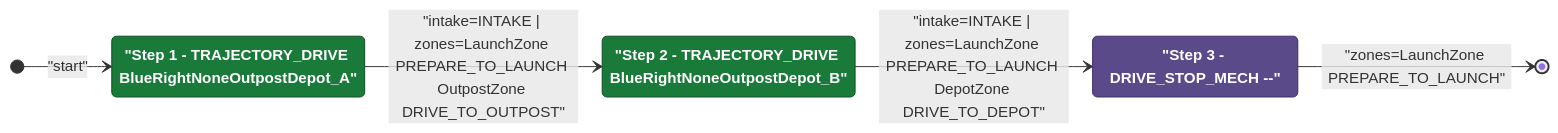
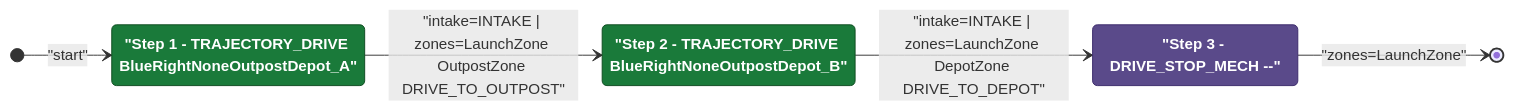
One commit to Team302/2026Rebuilt changed the diagram in documents/auton/BlueTOutLaunch0DepOutScoreClimb.md. Above: the diagram before and after it, drawn with Mermaid. The commit also changed other lines of this file and 131 other files, not shown here.

First line of the commit message:
docs(auton): regenerate Mermaid diagrams [skip ci]

````diff
--- a/documents/auton/BlueTOutLaunch0DepOutScoreClimb.md
+++ b/documents/auton/BlueTOutLaunch0DepOutScoreClimb.md
@@ -8,21 +8,21 @@
 ```mermaid
 stateDiagram-v2
     direction LR
 
     %% Green = intake active, Purple = intake off
     classDef intake  fill:#1a7a3a,color:#ffffff,stroke:#0d4a1f,font-weight:bold
     classDef noIntake fill:#5a4a8a,color:#ffffff,stroke:#3a2a6a,font-weight:bold
 
     Step1 : "Step 1 - TRAJECTORY_DRIVE BlueRightNoneOutpostDepot_A"
     Step2 : "Step 2 - TRAJECTORY_DRIVE BlueRightNoneOutpostDepot_B"
     Step3 : "Step 3 - DRIVE_STOP_MECH --"
 
     class Step1 intake
     class Step2 intake
     class Step3 noIntake
 
     [*] --> Step1 : "start"
-    Step1 --> Step2: "intake=INTAKE | zones=LaunchZone PREPARE_TO_LAUNCH OutpostZone DRIVE_TO_OUTPOST"
-    Step2 --> Step3: "intake=INTAKE | zones=LaunchZone PREPARE_TO_LAUNCH DepotZone DRIVE_TO_DEPOT"
-    Step3 --> [*]: "zones=LaunchZone PREPARE_TO_LAUNCH"
+    Step1 --> Step2: "intake=INTAKE | zones=LaunchZone OutpostZone DRIVE_TO_OUTPOST"
+    Step2 --> Step3: "intake=INTAKE | zones=LaunchZone DepotZone DRIVE_TO_DEPOT"
+    Step3 --> [*]: "zones=LaunchZone"
 ```
````
